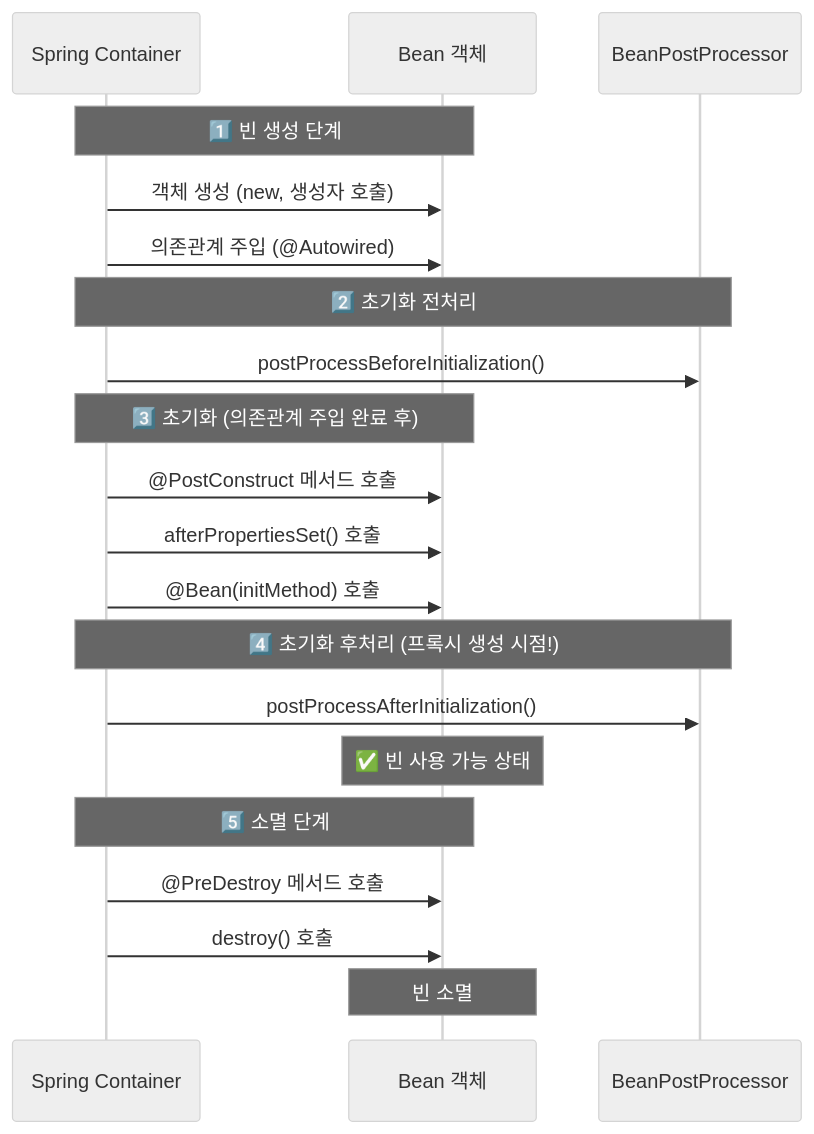
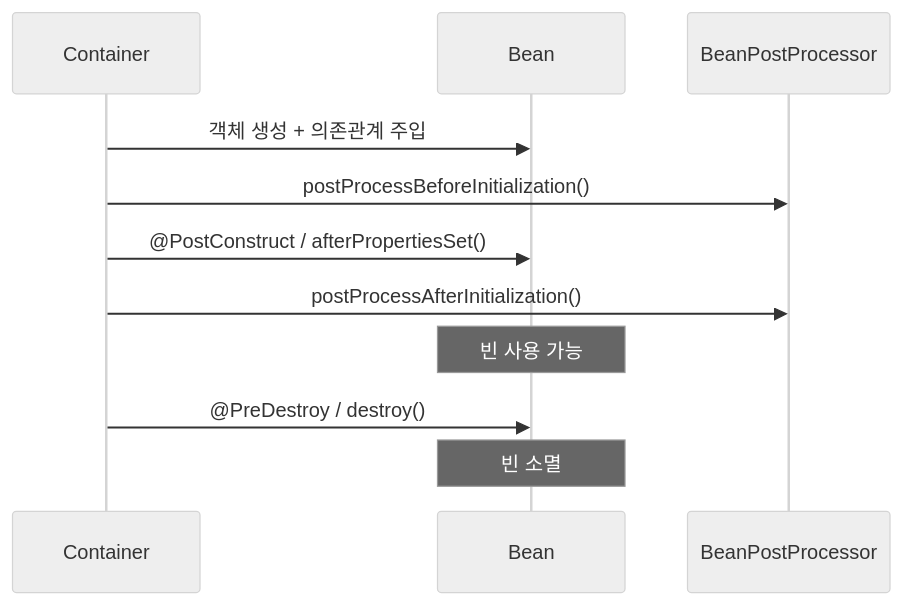
The seventh of 13 diagrams in _posts/spring/2026-05-02-spring-core-basic.md (yjkim2015/yjkim2015.github.io), drawn with Mermaid (neutral theme) before and after one commit. The commit also changed other lines of this file and 215 other files, not shown here.

First line of the commit message:
신규 포스트 10개 추가 + Mermaid 전면 축소 + SystemDesign 시리즈 보강

````diff
--- a/_posts/spring/2026-05-02-spring-core-basic.md
+++ b/_posts/spring/2026-05-02-spring-core-basic.md
@@ -496,27 +415,13 @@
 ```mermaid
 sequenceDiagram
-    participant C as Spring Container
-    participant B as Bean 객체
+    participant C as Container
+    participant B as Bean
     participant BPP as BeanPostProcessor
-
-    Note over C,B: 1️⃣ 빈 생성 단계
-    C->>B: 객체 생성 (new, 생성자 호출)
-    C->>B: 의존관계 주입 (@Autowired)
-
-    Note over C,BPP: 2️⃣ 초기화 전처리
+    C->>B: 객체 생성 + 의존관계 주입
     C->>BPP: postProcessBeforeInitialization()
-
-    Note over C,B: 3️⃣ 초기화 (의존관계 주입 완료 후)
-    C->>B: @PostConstruct 메서드 호출
-    C->>B: afterPropertiesSet() 호출
-    C->>B: @Bean(initMethod) 호출
-
-    Note over C,BPP: 4️⃣ 초기화 후처리 (프록시 생성 시점!)
+    C->>B: @PostConstruct / afterPropertiesSet()
     C->>BPP: postProcessAfterInitialization()
-    Note over B: ✅ 빈 사용 가능 상태
-
-    Note over C,B: 5️⃣ 소멸 단계
-    C->>B: @PreDestroy 메서드 호출
-    C->>B: destroy() 호출
+    Note over B: 빈 사용 가능
+    C->>B: @PreDestroy / destroy()
     Note over B: 빈 소멸
 ```
````
